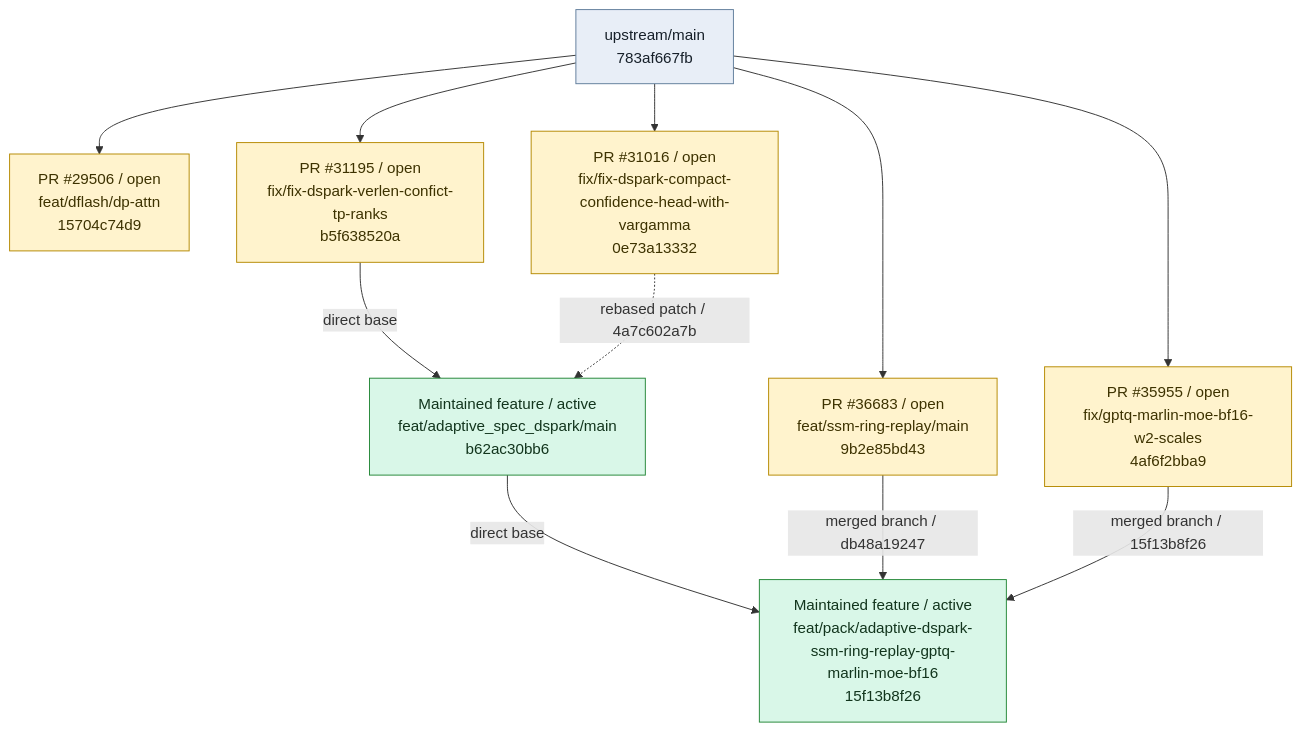
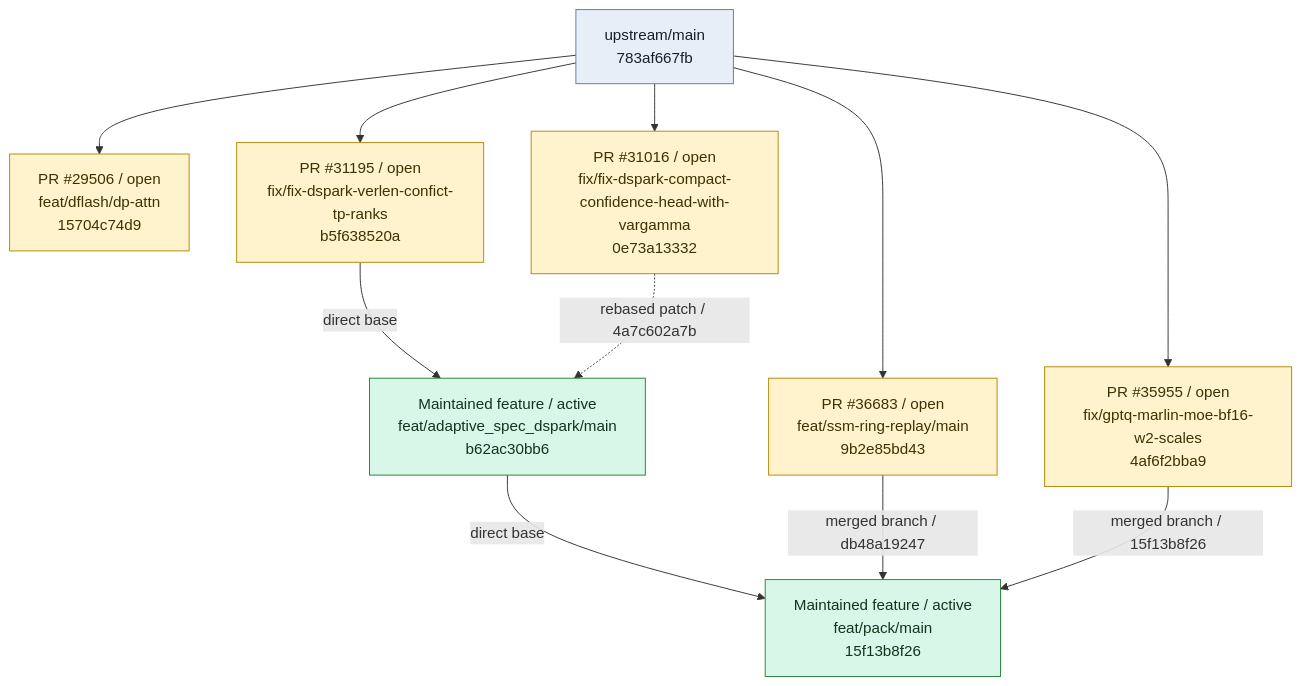
One commit to EanWang211123/sglang changed the first of 3 diagrams in BRANCH_GRAPH.md. Above: the diagram before and after it, drawn with Mermaid. The commit also changed other lines of this file and 3 other files, not shown here.

Commit message:
meta: rename feature pack branch to feat/pack/main

````diff
--- a/BRANCH_GRAPH.md
+++ b/BRANCH_GRAPH.md
@@ -11,34 +11,34 @@
 ```mermaid
 flowchart TD
     base_upstream_main["upstream/main<br/>783af667fb"]
     branch_dflash_dp_attn["PR #29506 / open<br/>feat/dflash/dp-attn<br/>15704c74d9"]
     base_upstream_main --> branch_dflash_dp_attn
     click branch_dflash_dp_attn "https://github.com/sgl-project/sglang/pull/29506"
     branch_dspark_tp_budget_sync["PR #31195 / open<br/>fix/fix-dspark-verlen-confict-tp-ranks<br/>b5f638520a"]
     base_upstream_main --> branch_dspark_tp_budget_sync
     click branch_dspark_tp_budget_sync "https://github.com/sgl-project/sglang/pull/31195"
     branch_dspark_runtime_gamma["PR #31016 / open<br/>fix/fix-dspark-compact-confidence-head-with-vargamma<br/>0e73a13332"]
     base_upstream_main --> branch_dspark_runtime_gamma
     click branch_dspark_runtime_gamma "https://github.com/sgl-project/sglang/pull/31016"
     branch_gptq_marlin_moe_bf16_w2_scales["PR #35955 / open<br/>fix/gptq-marlin-moe-bf16-w2-scales<br/>4af6f2bba9"]
     base_upstream_main --> branch_gptq_marlin_moe_bf16_w2_scales
     click branch_gptq_marlin_moe_bf16_w2_scales "https://github.com/sgl-project/sglang/pull/35955"
     branch_replayssm_dflash_dspark["PR #36683 / open<br/>feat/ssm-ring-replay/main<br/>9b2e85bd43"]
     base_upstream_main --> branch_replayssm_dflash_dspark
     click branch_replayssm_dflash_dspark "https://github.com/sgl-project/sglang/pull/36683"
     branch_dspark_adaptive["Maintained feature / active<br/>feat/adaptive_spec_dspark/main<br/>b62ac30bb6"]
     click branch_dspark_adaptive "https://github.com/EanWang211123/sglang/tree/feat/adaptive_spec_dspark/main"
-    branch_adaptive_dspark_replayssm_gptq_marlin_pack["Maintained feature / active<br/>feat/pack/adaptive-dspark-ssm-ring-replay-gptq-marlin-moe-bf16<br/>15f13b8f26"]
-    click branch_adaptive_dspark_replayssm_gptq_marlin_pack "https://github.com/EanWang211123/sglang/tree/feat/pack/adaptive-dspark-ssm-ring-replay-gptq-marlin-moe-bf16"
+    branch_adaptive_dspark_replayssm_gptq_marlin_pack["Maintained feature / active<br/>feat/pack/main<br/>15f13b8f26"]
+    click branch_adaptive_dspark_replayssm_gptq_marlin_pack "https://github.com/EanWang211123/sglang/tree/feat/pack/main"
     branch_dspark_tp_budget_sync -->|"direct base"| branch_dspark_adaptive
     branch_dspark_runtime_gamma -.->|"rebased patch / 4a7c602a7b"| branch_dspark_adaptive
     branch_dspark_adaptive -->|"direct base"| branch_adaptive_dspark_replayssm_gptq_marlin_pack
     branch_replayssm_dflash_dspark -->|"merged branch / db48a19247"| branch_adaptive_dspark_replayssm_gptq_marlin_pack
     branch_gptq_marlin_moe_bf16_w2_scales -->|"merged branch / 15f13b8f26"| branch_adaptive_dspark_replayssm_gptq_marlin_pack
     classDef base fill:#e8eef7,stroke:#607d9b,color:#17202a
     classDef pr fill:#fff3cd,stroke:#b58900,color:#3d3200
     classDef feature fill:#d9f7e8,stroke:#238636,color:#12351d
     class base_upstream_main base
     class branch_dflash_dp_attn,branch_dspark_tp_budget_sync,branch_dspark_runtime_gamma,branch_gptq_marlin_moe_bf16_w2_scales,branch_replayssm_dflash_dspark pr
     class branch_dspark_adaptive,branch_adaptive_dspark_replayssm_gptq_marlin_pack feature
 ```
````
